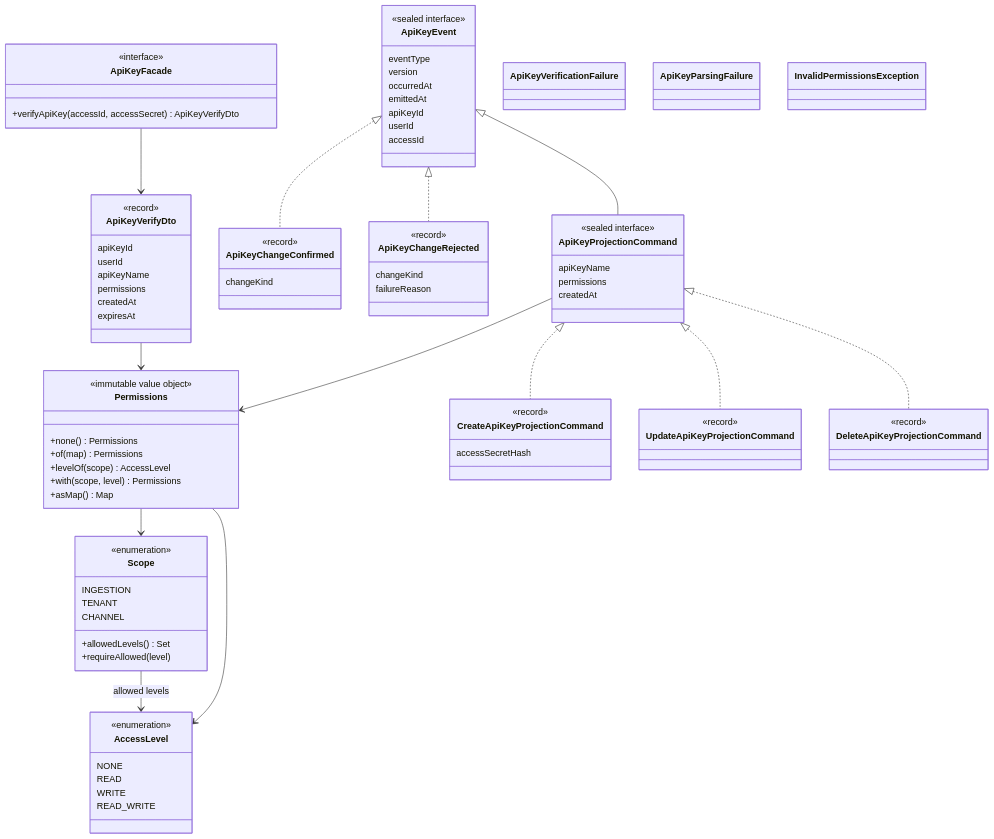
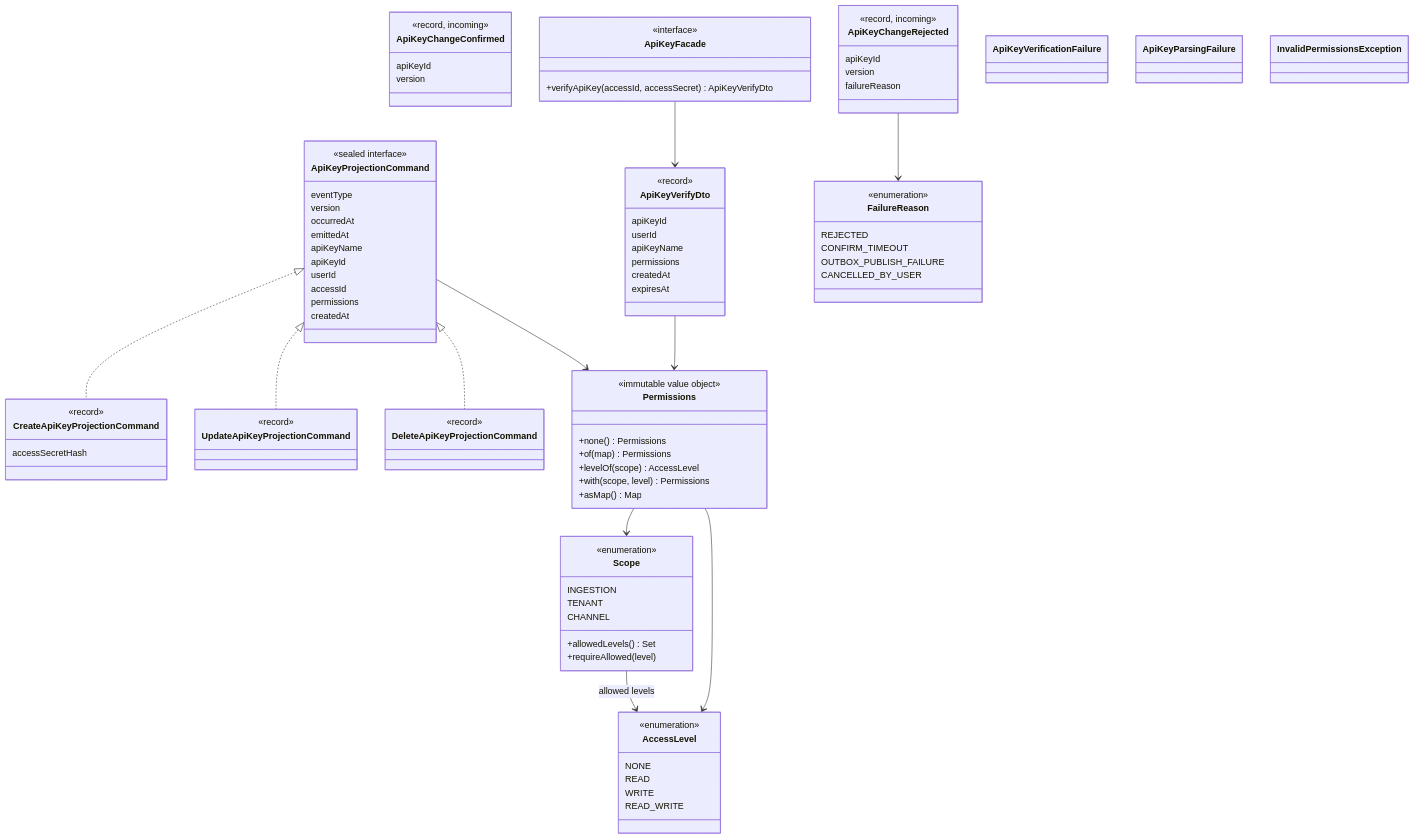
One commit to Dhiren9939/HQ-Tier0 changed the third of 7 diagrams in docs/access-class-structure.md. Above: the diagram before and after it, drawn with Mermaid. The commit also changed other lines of this file and 2 other files, not shown here.

````diff
--- a/docs/access-class-structure.md
+++ b/docs/access-class-structure.md
@@ -197,29 +211,35 @@
         +with(scope, level) Permissions
         +asMap() Map
     }
-    class ApiKeyEvent {
+    class ApiKeyProjectionCommand {
         <<sealed interface>>
         eventType
         version
         occurredAt
         emittedAt
+        apiKeyName
         apiKeyId
         userId
         accessId
-    }
-    class ApiKeyProjectionCommand {
-        <<sealed interface>>
-        apiKeyName
         permissions
         createdAt
     }
+    class FailureReason {
+        <<enumeration>>
+        REJECTED
+        CONFIRM_TIMEOUT
+        OUTBOX_PUBLISH_FAILURE
+        CANCELLED_BY_USER
+    }
     class ApiKeyChangeConfirmed {
-        <<record>>
-        changeKind
+        <<record, incoming>>
+        apiKeyId
+        version
     }
     class ApiKeyChangeRejected {
-        <<record>>
-        changeKind
+        <<record, incoming>>
+        apiKeyId
+        version
         failureReason
     }
     class CreateApiKeyProjectionCommand {
@@ -252,13 +272,11 @@
     Permissions --> Scope
     Permissions --> AccessLevel
     Scope --> AccessLevel : allowed levels
-    ApiKeyEvent <|-- ApiKeyProjectionCommand
-    ApiKeyEvent <|.. ApiKeyChangeConfirmed
-    ApiKeyEvent <|.. ApiKeyChangeRejected
     ApiKeyProjectionCommand <|.. CreateApiKeyProjectionCommand
     ApiKeyProjectionCommand <|.. UpdateApiKeyProjectionCommand
     ApiKeyProjectionCommand <|.. DeleteApiKeyProjectionCommand
     ApiKeyProjectionCommand --> Permissions
+    ApiKeyChangeRejected --> FailureReason
     ApiKeyFacade --> ApiKeyVerifyDto
     ApiKeyVerifyDto --> Permissions
 ```
````
